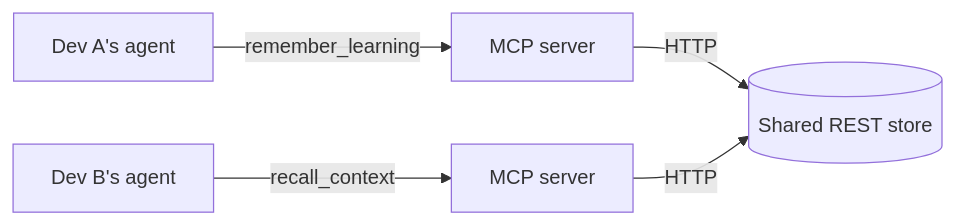
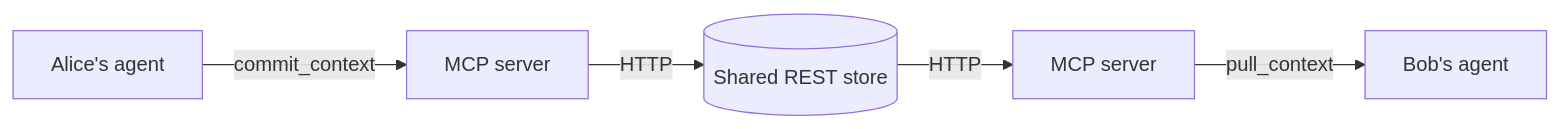
One commit to Arnav0507/Contexto changed the diagram in README.md. Above: the diagram before and after it, drawn with Mermaid. The commit also changed other lines of this file and 13 other files, not shown here.

First line of the commit message:
Refactor to git-style commit/pull context model

````diff
--- a/README.md
+++ b/README.md
@@ -16,7 +17,7 @@
 ```mermaid
 flowchart LR
-    A[Dev A's agent] -- remember_learning --> M1[MCP server]
-    B[Dev B's agent] -- recall_context --> M2[MCP server]
+    A[Alice's agent] -- commit_context --> M1[MCP server]
+    M2[MCP server] -- pull_context --> B[Bob's agent]
     M1 -- HTTP --> S[(Shared REST store)]
-    M2 -- HTTP --> S
+    S -- HTTP --> M2
 ```
````
